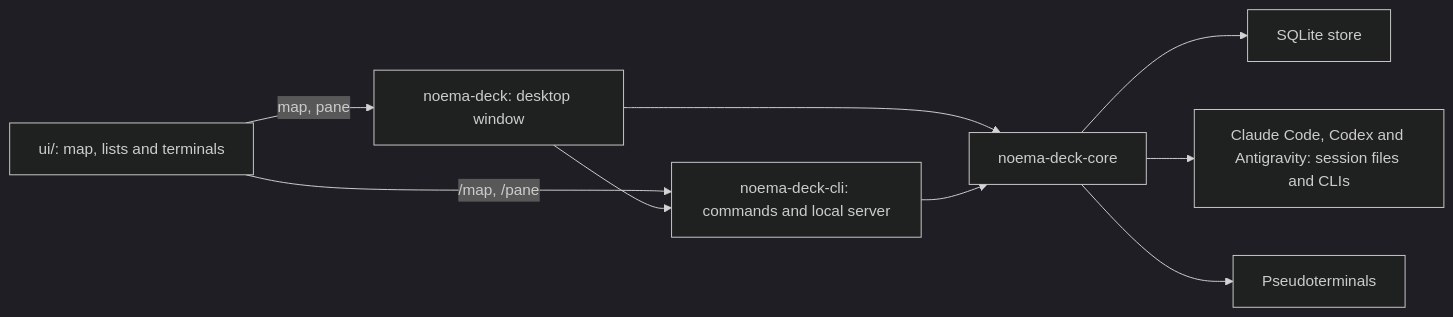
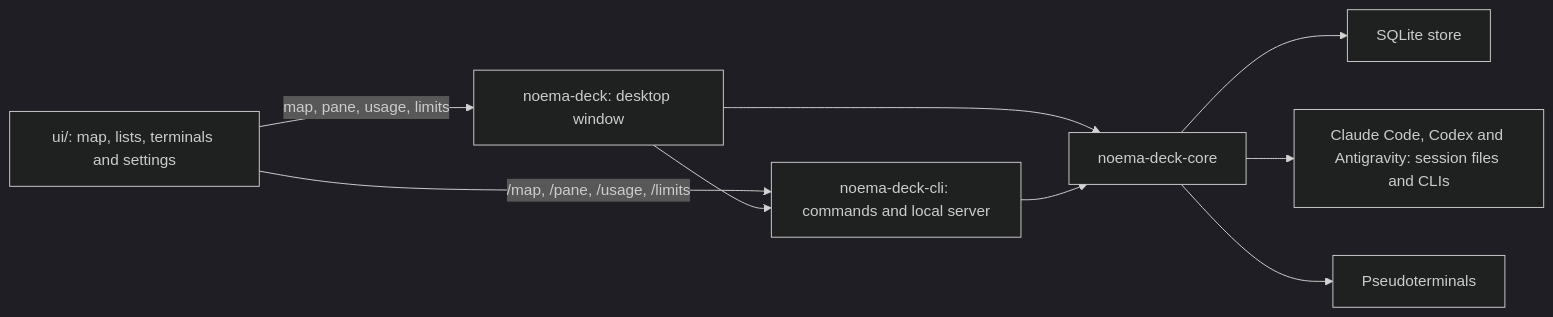
Before and after one commit to noema-kit/noema-deck: the first of 2 diagrams in docs/architecture.md, drawn with Mermaid (dark theme). The commit also changed other lines of this file and 33 other files, not shown here.

First line of the commit message:
Add usage, plan limits and a local profile to Settings

````diff
--- a/docs/architecture.md
+++ b/docs/architecture.md
@@ -7,11 +7,11 @@
 ```mermaid
 flowchart LR
-    UI["ui/: map, lists and terminals"] -->|map, pane| APP["noema-deck: desktop window"]
-    UI -->|/map, /pane| CLI["noema-deck-cli: commands and local server"]
+    UI["ui/: map, lists, terminals and settings"] -->|map, pane, usage, limits| APP["noema-deck: desktop window"]
+    UI -->|/map, /pane, /usage, /limits| CLI["noema-deck-cli: commands and local server"]
     APP --> CLI
     APP --> CORE["noema-deck-core"]
     CLI --> CORE
     CORE --> S["SQLite store"]
     CORE --> A["Claude Code, Codex and Antigravity: session files and CLIs"]
     CORE --> T["Pseudoterminals"]
 ```
````
